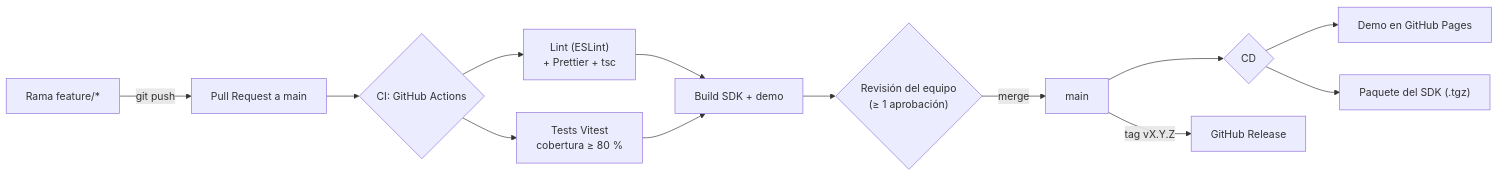
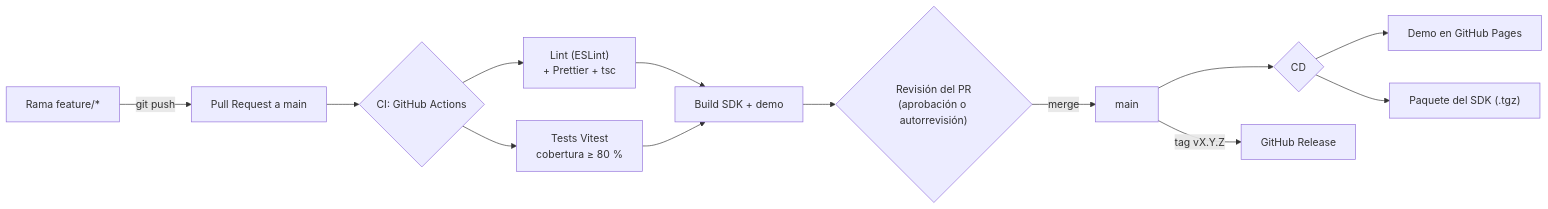
One commit to JuanGualim/Proyecto1_IA_selectivo changed the third of 3 diagrams in docs/ARQUITECTURA.md. Above: the diagram before and after it, drawn with Mermaid. The commit also changed 4 other files, not shown here.

````diff
--- a/docs/ARQUITECTURA.md
+++ b/docs/ARQUITECTURA.md
@@ -247,15 +247,15 @@
 ```mermaid
 flowchart LR
     A["Rama feature/*"] -->|"git push"| B["Pull Request a main"]
     B --> C{"CI: GitHub Actions"}
     C --> L["Lint (ESLint)<br/>+ Prettier + tsc"]
     C --> T["Tests Vitest<br/>cobertura ≥ 80 %"]
     L --> BU["Build SDK + demo"]
     T --> BU
-    BU --> R{"Revisión del equipo<br/>(≥ 1 aprobación)"}
+    BU --> R{"Revisión del PR<br/>(aprobación o autorrevisión)"}
     R -->|"merge"| M["main"]
     M --> CD{"CD"}
     CD --> P["Demo en GitHub Pages"]
     CD --> PK["Paquete del SDK (.tgz)"]
     M -->|"tag vX.Y.Z"| REL["GitHub Release"]
 ```
````
